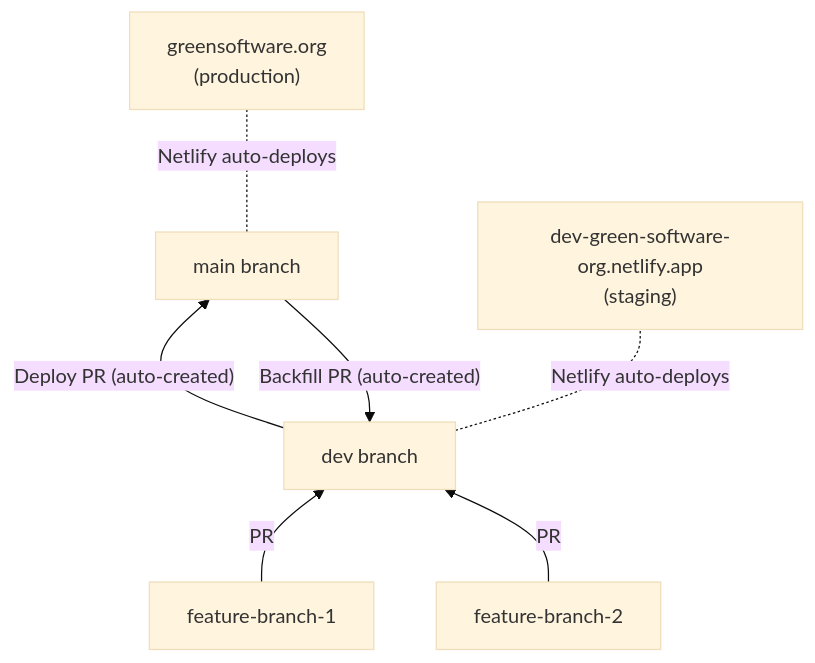
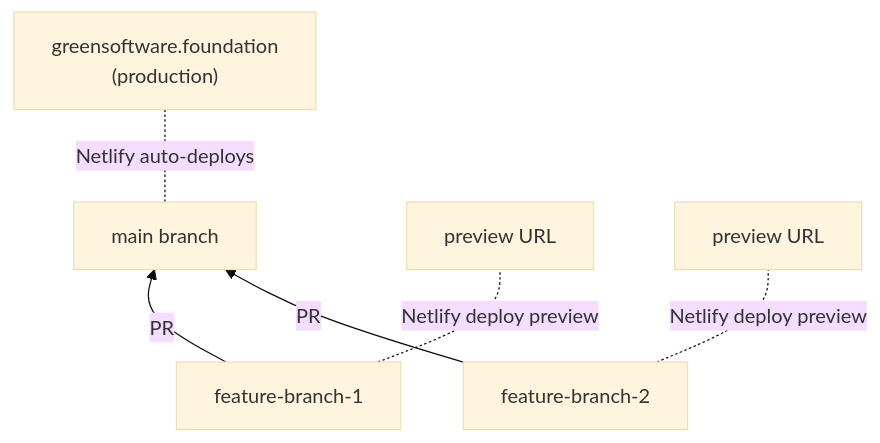
Before and after one commit to Green-Software-Foundation/greensoftware.foundation: the diagram in README.md, drawn with Mermaid (base theme). The commit also changed other lines of this file and 3 other files, not shown here.

First line of the commit message:
docs: update all references from greensoftware.org to greensoftware.foundation

````diff
--- a/README.md
+++ b/README.md
@@ -7,9 +7,8 @@
 ```mermaid
 graph BT
-    F1[feature-branch-1] -->|PR| DEV[dev branch]
-    F2[feature-branch-2] -->|PR| DEV
-    DEV -->|"Deploy PR (auto-created)"| MAIN[main branch]
-    MAIN -->|"Backfill PR (auto-created)"| DEV
-    DEV -.-|Netlify auto-deploys| STAGING["dev-green-software-org.netlify.app<br/>(staging)"]
-    MAIN -.-|Netlify auto-deploys| PROD["greensoftware.org<br/>(production)"]
+    F1[feature-branch-1] -->|PR| MAIN[main branch]
+    F2[feature-branch-2] -->|PR| MAIN
+    MAIN -.-|Netlify auto-deploys| PROD["greensoftware.foundation<br/>(production)"]
+    F1 -.-|Netlify deploy preview| PREV1["preview URL"]
+    F2 -.-|Netlify deploy preview| PREV2["preview URL"]
 ```
````
